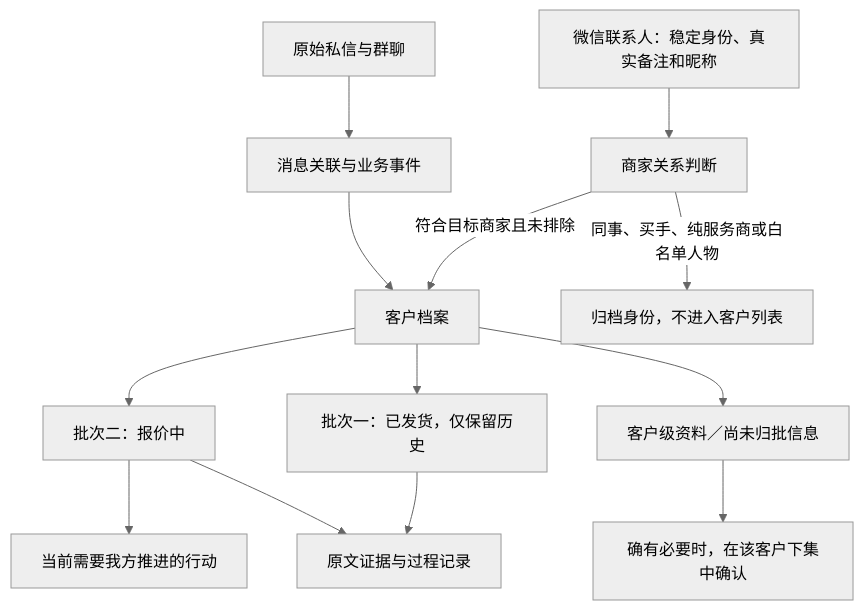
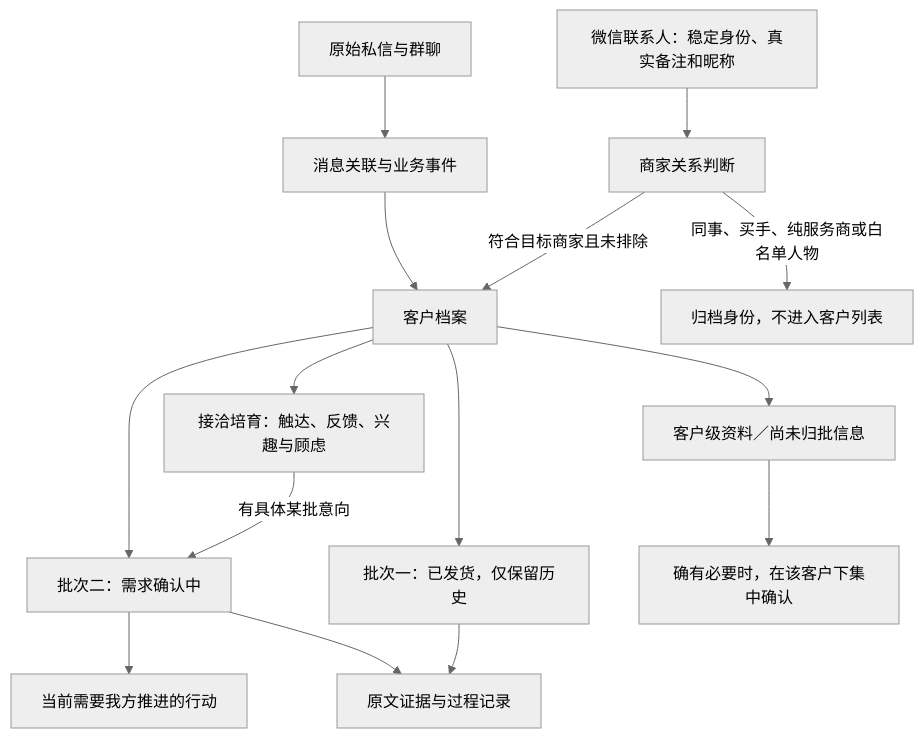
Before and after one commit to EligahYy/Wechat-Agent: the diagram in docs/AI_CRM_DESIGN.md, drawn with Mermaid (neutral theme). The commit also changed other lines of this file and 3 other files, not shown here.

````diff
--- a/docs/AI_CRM_DESIGN.md
+++ b/docs/AI_CRM_DESIGN.md
@@ -30,15 +30,17 @@
 ```mermaid
 flowchart TD
     P[微信联系人：稳定身份、真实备注和昵称] --> R[商家关系判断]
     R -->|符合目标商家且未排除| C[客户档案]
     R -->|同事、买手、纯服务商或白名单人物| A[归档身份，不进入客户列表]
     M[原始私信与群聊] --> L[消息关联与业务事件]
     L --> C
     C --> B1[批次一：已发货，仅保留历史]
-    C --> B2[批次二：报价中]
+    C --> N[接洽培育：触达、反馈、兴趣与顾虑]
+    N -->|有具体某批意向| B2[批次二：需求确认中]
+    C --> B2
     C --> U[客户级资料／尚未归批信息]
     B2 --> T[当前需要我方推进的行动]
     B1 --> E[原文证据与过程记录]
     B2 --> E
     U --> Q[确有必要时，在该客户下集中确认]
 ```
````
